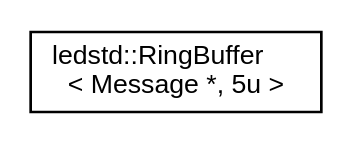
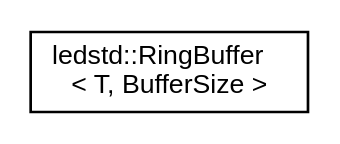
The diagram in inherit_graph_13.dot (fvolcic/fvolcic.github.io), drawn with Graphviz before and after one commit. The commit also changed 130 other files, not shown here.

```diff
--- a/inherit_graph_13.dot
+++ b/inherit_graph_13.dot
@@ -1,8 +1,8 @@
 digraph "Graphical Class Hierarchy"
 {
  // LATEX_PDF_SIZE
   edge [fontname="Helvetica",fontsize="10",labelfontname="Helvetica",labelfontsize="10"];
   node [fontname="Helvetica",fontsize="10",shape=record];
   rankdir="LR";
-  Node0 [label="ledstd::RingBuffer\l\< Message *, 5u \>",height=0.2,width=0.4,color="black", fillcolor="white", style="filled",URL="$classledstd_1_1RingBuffer.html",tooltip=" "];
+  Node0 [label="ledstd::RingBuffer\l\< T, BufferSize \>",height=0.2,width=0.4,color="black", fillcolor="white", style="filled",URL="$classledstd_1_1RingBuffer.html",tooltip="This class represents a queue that uses a circular buffer for maintaining the elts."];
 }
```
